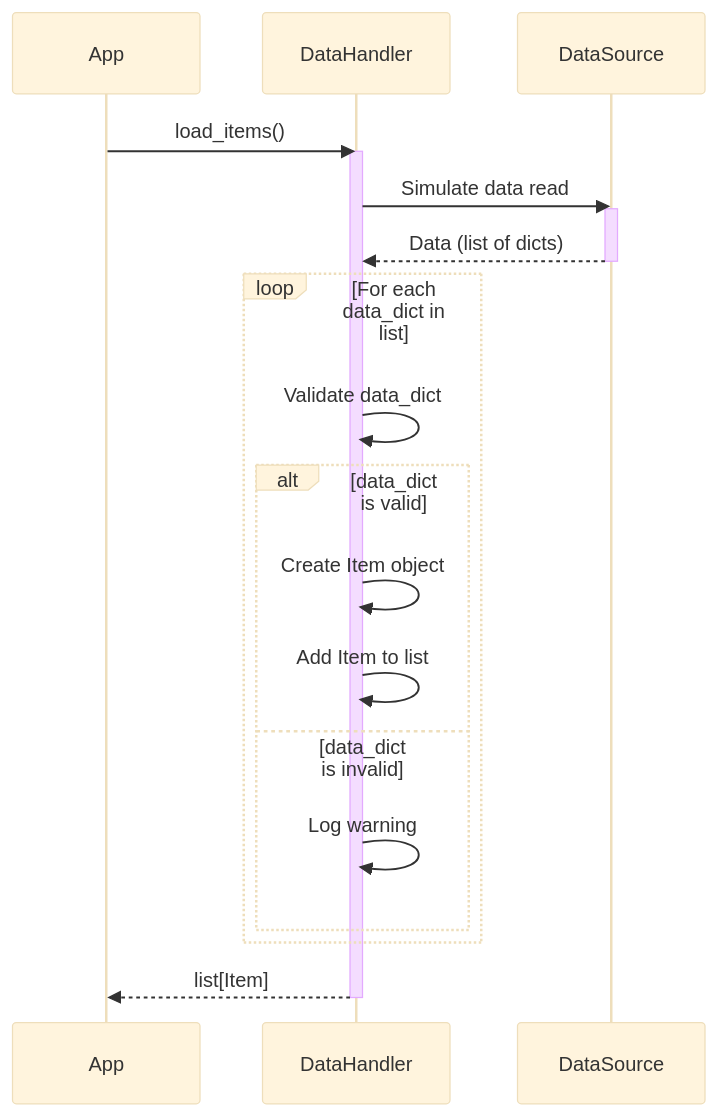
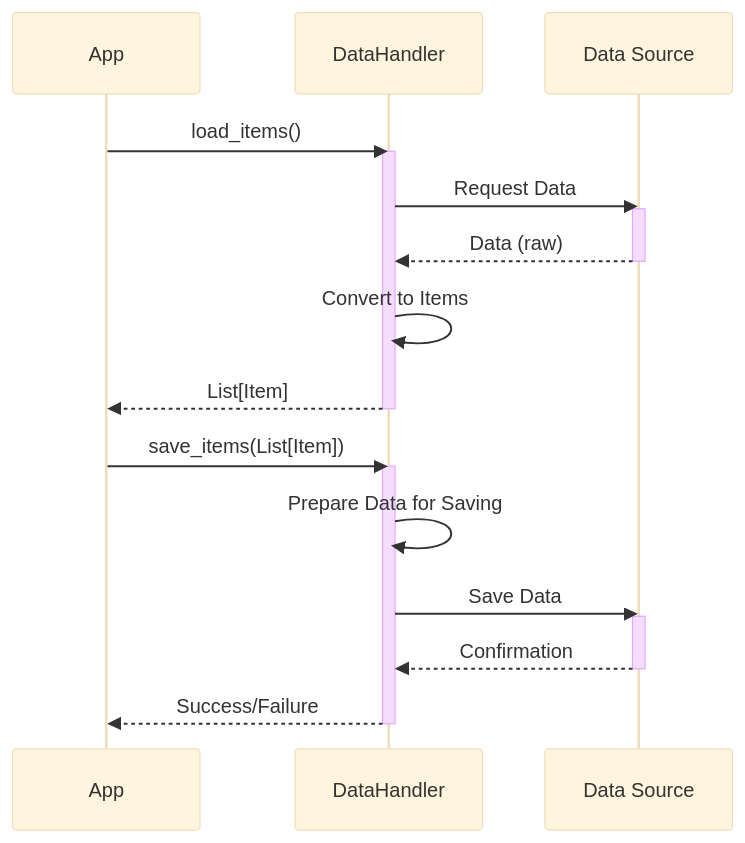
The diagram in output/python-sample-project/03_data-handling.md (OpenXFlow/sourceLensAI), drawn with Mermaid (base theme) before and after one commit. The commit also changed other lines of this file and 15 other files, not shown here.

````diff
--- a/output/python-sample-project/03_data-handling.md
+++ b/output/python-sample-project/03_data-handling.md
@@ -12,23 +15,24 @@
 ```mermaid
 sequenceDiagram
     participant App
     participant DataHandler
-    participant DataSource
+    participant Data Source
     App->>DataHandler: load_items()
     activate DataHandler
-    DataHandler->>DataSource: Simulate data read
-    activate DataSource
-    DataSource-->>DataHandler: Data (list of dicts)
-    deactivate DataSource
-    loop For each data_dict in list
-        DataHandler->>DataHandler: Validate data_dict
-        alt data_dict is valid
-            DataHandler->>DataHandler: Create Item object
-            DataHandler->>DataHandler: Add Item to list
-        else data_dict is invalid
-            DataHandler->>DataHandler: Log warning
-        end
-    end
-    DataHandler-->>App: list[Item]
+    DataHandler->>Data Source: Request Data
+    activate Data Source
+    Data Source-->>DataHandler: Data (raw)
+    deactivate Data Source
+    DataHandler->>DataHandler: Convert to Items
+    DataHandler-->>App: List[Item]
+    deactivate DataHandler
+    App->>DataHandler: save_items(List[Item])
+    activate DataHandler
+    DataHandler->>DataHandler: Prepare Data for Saving
+    DataHandler->>Data Source: Save Data
+    activate Data Source
+    Data Source-->>DataHandler: Confirmation
+    deactivate Data Source
+    DataHandler-->>App: Success/Failure
     deactivate DataHandler
 ```
````
